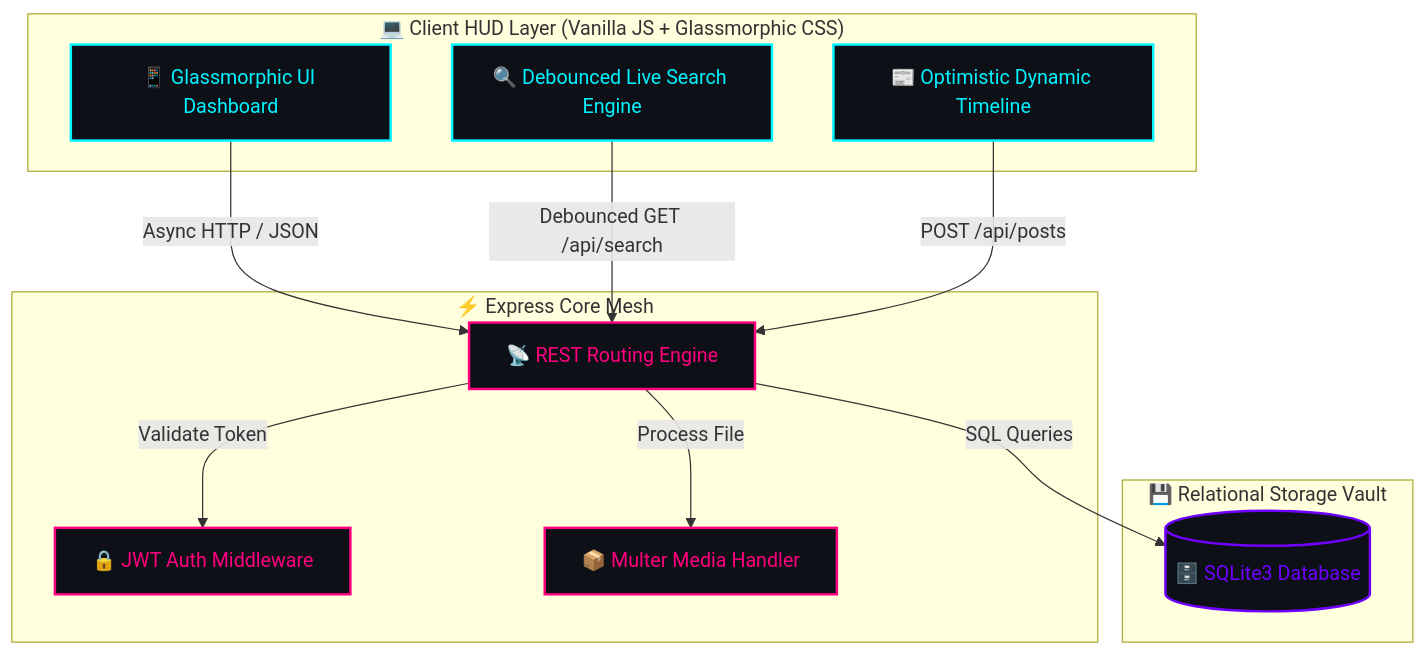
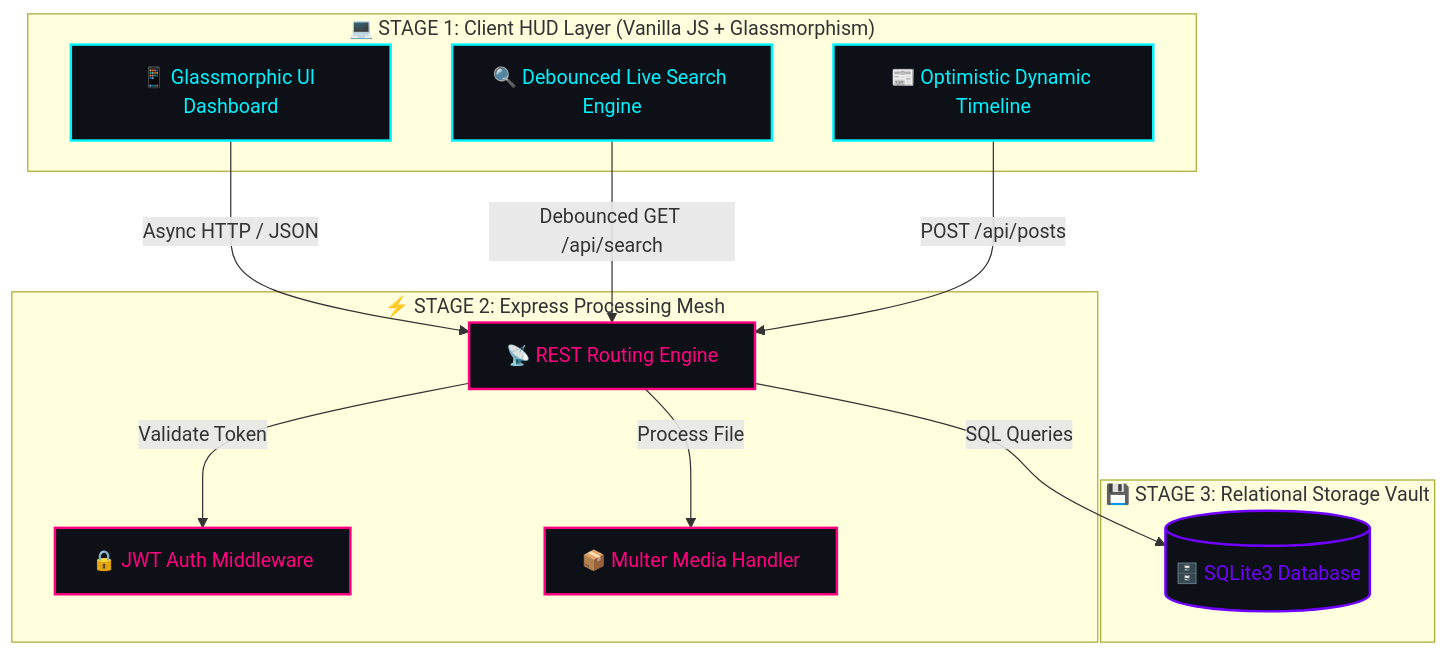
One commit to FarhanCodeSpace/nexora-social-platform changed the diagram in README.md. Above: the diagram before and after it, drawn with Mermaid. The commit also changed other lines of this file and 4 other files, not shown here.

````diff
--- a/README.md
+++ b/README.md
@@ -74,30 +137,30 @@
 ```mermaid
 graph TD
     %% Node Styles %%
     classDef client fill:#0d1117,stroke:#00f3ff,stroke-width:2px,color:#00f3ff;
     classDef server fill:#0d1117,stroke:#ff007f,stroke-width:2px,color:#ff007f;
     classDef db fill:#0d1117,stroke:#7000ff,stroke-width:2px,color:#7000ff;
 
-    subgraph CLIENT_HUD ["💻 Client HUD Layer (Vanilla JS + Glassmorphic CSS)"]
+    subgraph STAGE_CLIENT ["💻 STAGE 1: Client HUD Layer (Vanilla JS + Glassmorphism)"]
         UI["📱 Glassmorphic UI Dashboard"]:::client
         SEARCH["🔍 Debounced Live Search Engine"]:::client
         FEED["📰 Optimistic Dynamic Timeline"]:::client
     end
 
-    subgraph BACKEND_NODE ["⚡ Express Core Mesh"]
+    subgraph STAGE_BACKEND ["⚡ STAGE 2: Express Processing Mesh"]
         API["📡 REST Routing Engine"]:::server
         AUTH["🔒 JWT Auth Middleware"]:::server
         UPLOADER["📦 Multer Media Handler"]:::server
     end
 
-    subgraph DATABASE_CORE ["💾 Relational Storage Vault"]
+    subgraph STAGE_DATABASE ["💾 STAGE 3: Relational Storage Vault"]
         DB[(🗄️ SQLite3 Database)]:::db
     end
 
     UI -->|Async HTTP / JSON| API
     SEARCH -->|Debounced GET /api/search| API
     FEED -->|POST /api/posts| API
     API -->|Validate Token| AUTH
     API -->|Process File| UPLOADER
     API -->|SQL Queries| DB
 ```
````
